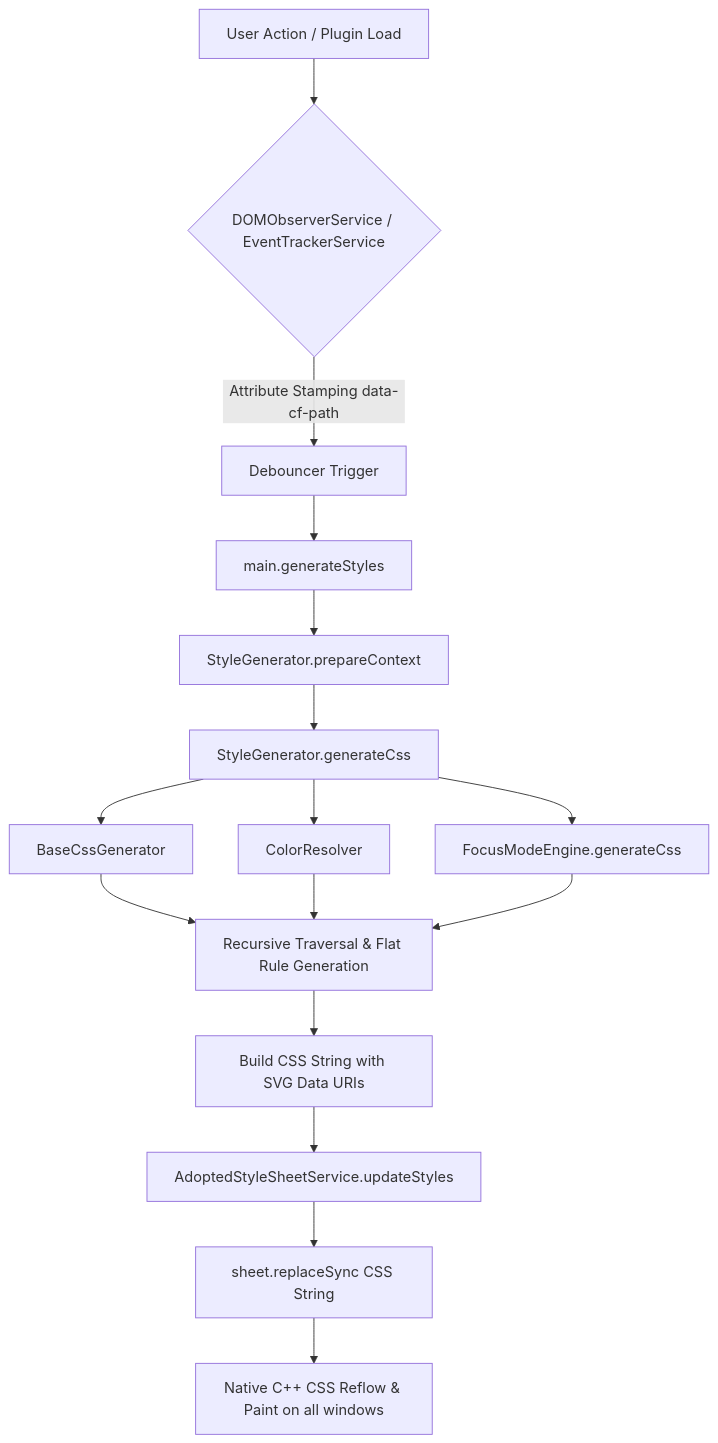
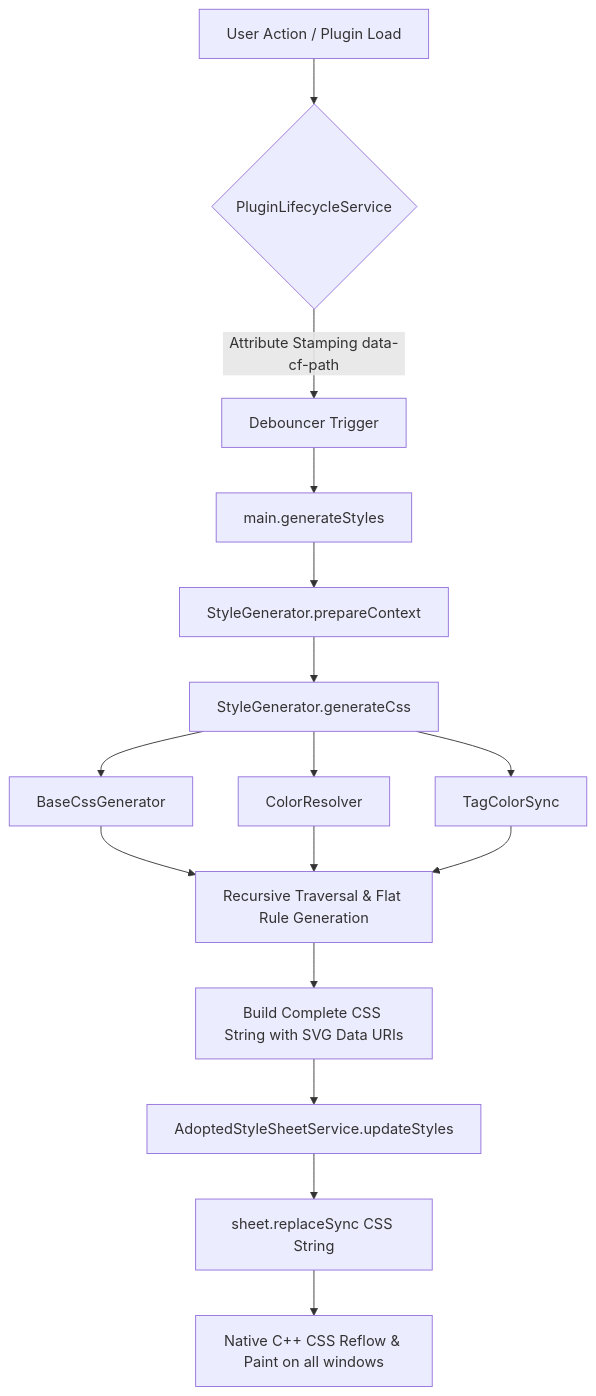
The first of 6 diagrams in docs/ARCHITECTURE.md (RohitNahar-Offical/colorful-folders-obsidian), drawn with Mermaid before and after one commit. The commit also changed other lines of this file and 78 other files, not shown here.

````diff
--- a/docs/ARCHITECTURE.md
+++ b/docs/ARCHITECTURE.md
@@ -19,18 +21,18 @@
 ```mermaid
 graph TD
-    A[User Action / Plugin Load] --> B{DOMObserverService / EventTrackerService}
+    A[User Action / Plugin Load] --> B{PluginLifecycleService}
     B -->|Attribute Stamping data-cf-path| C[Debouncer Trigger]
     C --> D[main.generateStyles]
     D --> E[StyleGenerator.prepareContext]
     E --> F[StyleGenerator.generateCss]
     F --> G1[BaseCssGenerator]
     F --> G2[ColorResolver]
-    F --> G3[FocusModeEngine.generateCss]
+    F --> G3[TagColorSync]
     G1 --> H[Recursive Traversal & Flat Rule Generation]
     G2 --> H
     G3 --> H
-    H --> I[Build CSS String with SVG Data URIs]
+    H --> I[Build Complete CSS String with SVG Data URIs]
     I --> J[AdoptedStyleSheetService.updateStyles]
     J --> K[sheet.replaceSync CSS String]
     K --> L[Native C++ CSS Reflow & Paint on all windows]
 ```
````
